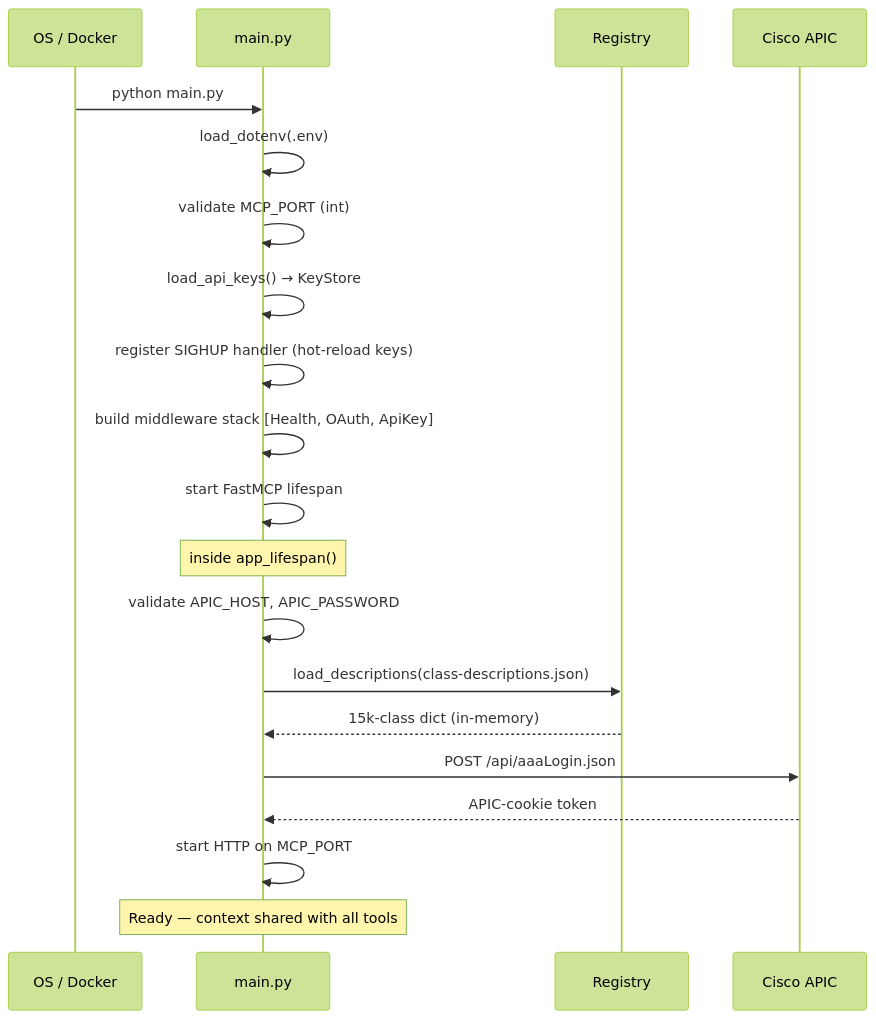
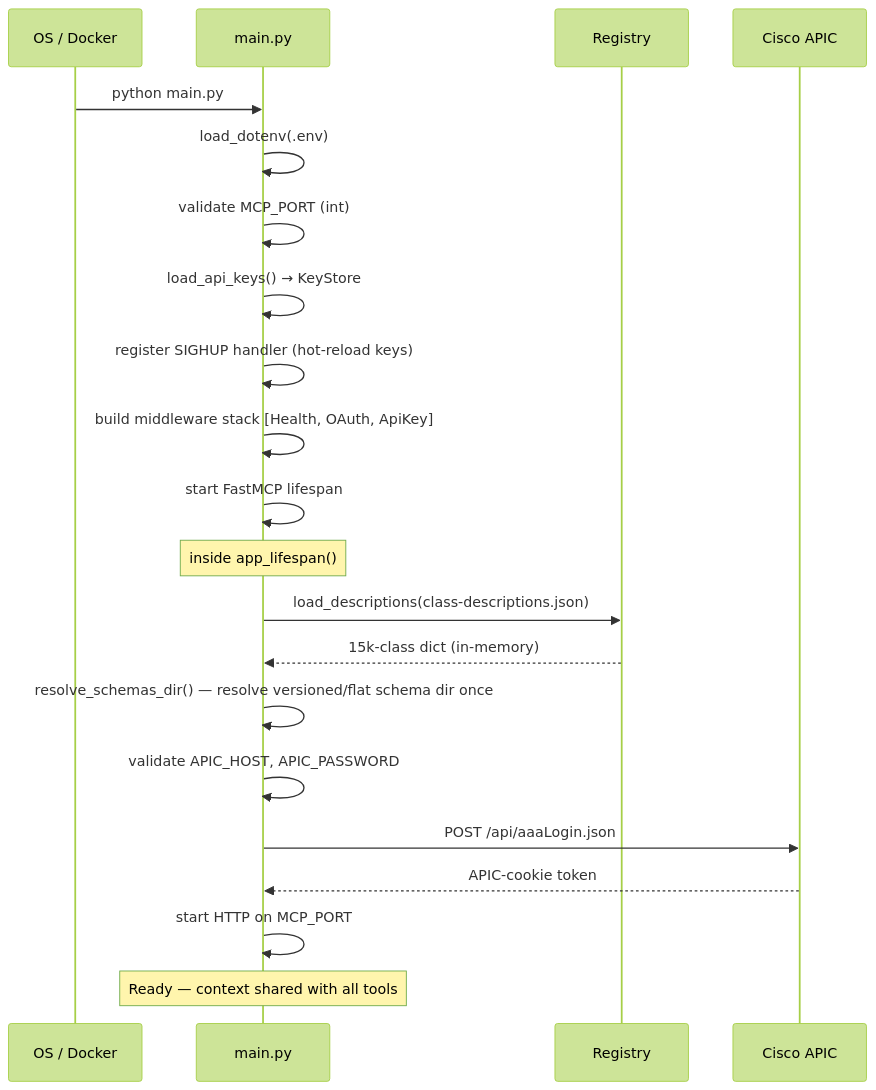
One commit to k3l0-dev/aci-mcp changed the third of 3 diagrams in docs/architecture/overview.md. Above: the diagram before and after it, drawn with Mermaid (forest theme). The commit also changed other lines of this file and 19 other files, not shown here.

````diff
--- a/docs/architecture/overview.md
+++ b/docs/architecture/overview.md
@@ -118,24 +130,25 @@
 ```mermaid
 sequenceDiagram
     participant OS as OS / Docker
     participant server as main.py
     participant registry as Registry
     participant apic as Cisco APIC
 
     OS->>server: python main.py
     server->>server: load_dotenv(.env)
     server->>server: validate MCP_PORT (int)
     server->>server: load_api_keys() → KeyStore
     server->>server: register SIGHUP handler (hot-reload keys)
     server->>server: build middleware stack [Health, OAuth, ApiKey]
     server->>server: start FastMCP lifespan
 
     Note over server: inside app_lifespan()
-    server->>server: validate APIC_HOST, APIC_PASSWORD
     server->>registry: load_descriptions(class-descriptions.json)
     registry-->>server: 15k-class dict (in-memory)
+    server->>server: resolve_schemas_dir() — resolve versioned/flat schema dir once
+    server->>server: validate APIC_HOST, APIC_PASSWORD
     server->>apic: POST /api/aaaLogin.json
     apic-->>server: APIC-cookie token
     server->>server: start HTTP on MCP_PORT
     Note over server: Ready — context shared with all tools
 ```
````
